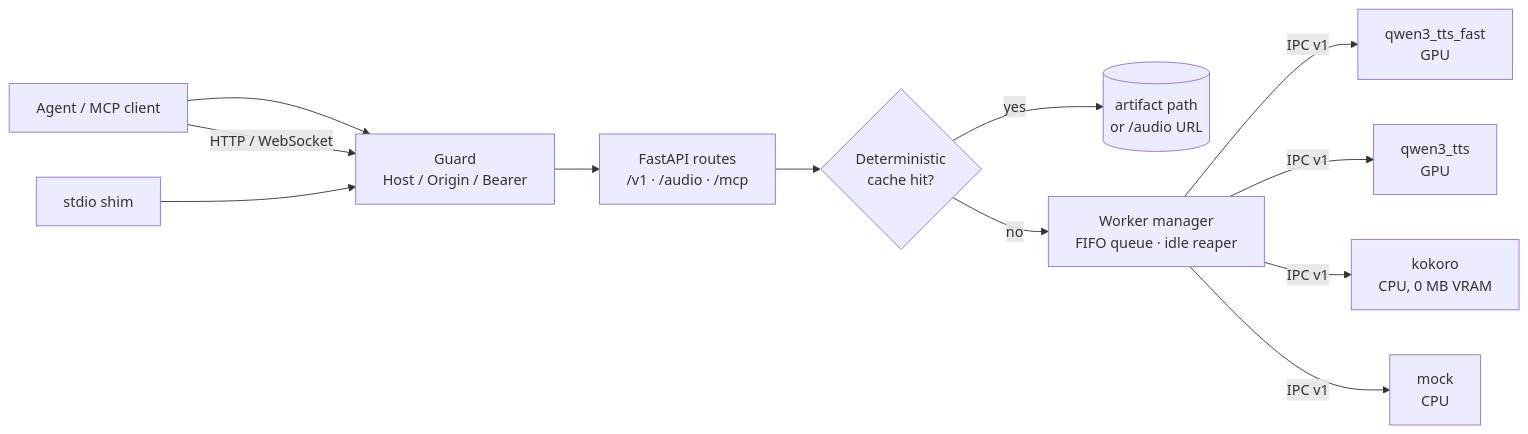
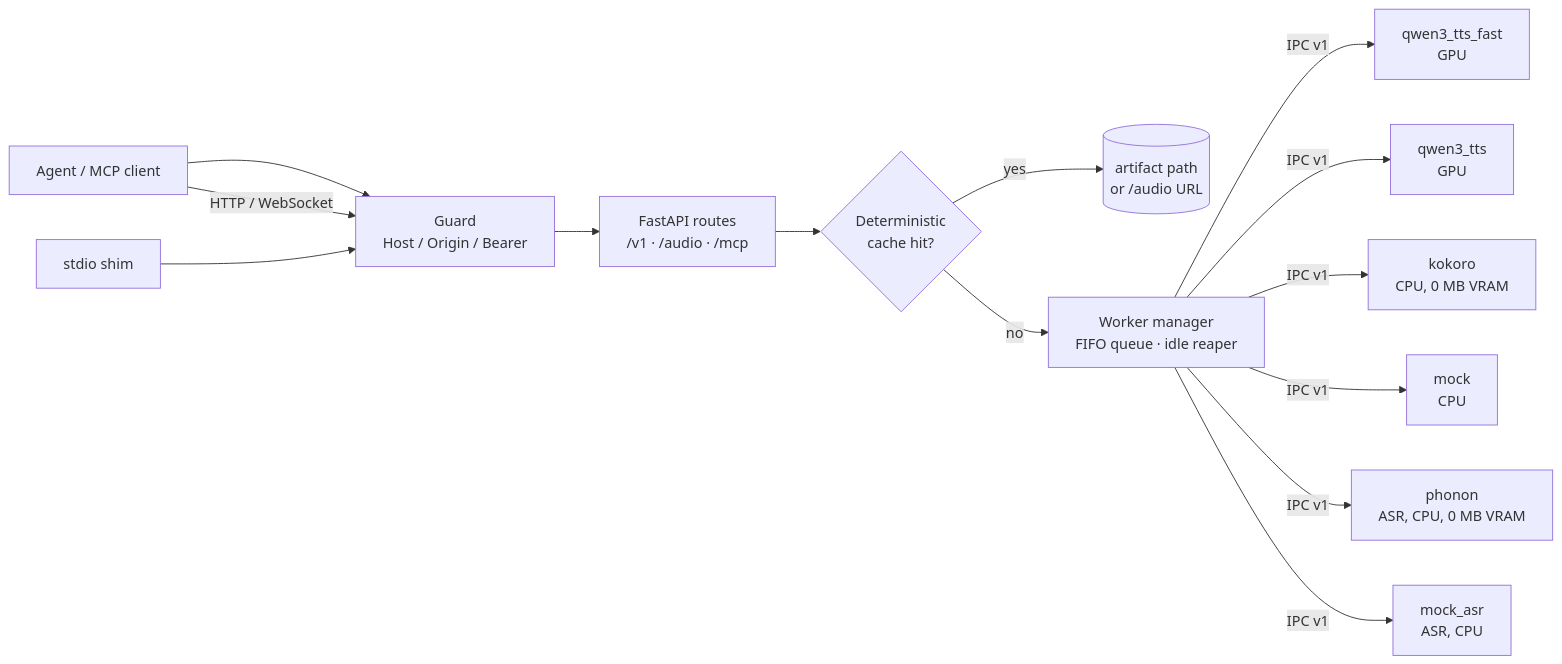
The diagram in README.md (000jd/agent-voice), drawn with Mermaid before and after one commit. The commit also changed other lines of this file and 41 other files, not shown here.

First line of the commit message:
v0.5.0: pluggable ASR (Phonon), transcription surfaces, agent-native dubbing

````diff
--- a/README.md
+++ b/README.md
@@ -218,14 +293,16 @@
 ```mermaid
 flowchart LR
     A[Agent / MCP client] --> G[Guard<br/>Host / Origin / Bearer]
     S[stdio shim] --> G
     A -->|HTTP / WebSocket| G
     G --> R[FastAPI routes<br/>/v1 · /audio · /mcp]
     R --> C{Deterministic<br/>cache hit?}
     C -->|yes| O[(artifact path<br/>or /audio URL)]
     C -->|no| W[Worker manager<br/>FIFO queue · idle reaper]
     W -->|IPC v1| E1[qwen3_tts_fast<br/>GPU]
     W -->|IPC v1| E2[qwen3_tts<br/>GPU]
     W -->|IPC v1| E3[kokoro<br/>CPU, 0 MB VRAM]
     W -->|IPC v1| E4[mock<br/>CPU]
+    W -->|IPC v1| E5[phonon<br/>ASR, CPU, 0 MB VRAM]
+    W -->|IPC v1| E6[mock_asr<br/>ASR, CPU]
 ```
````
